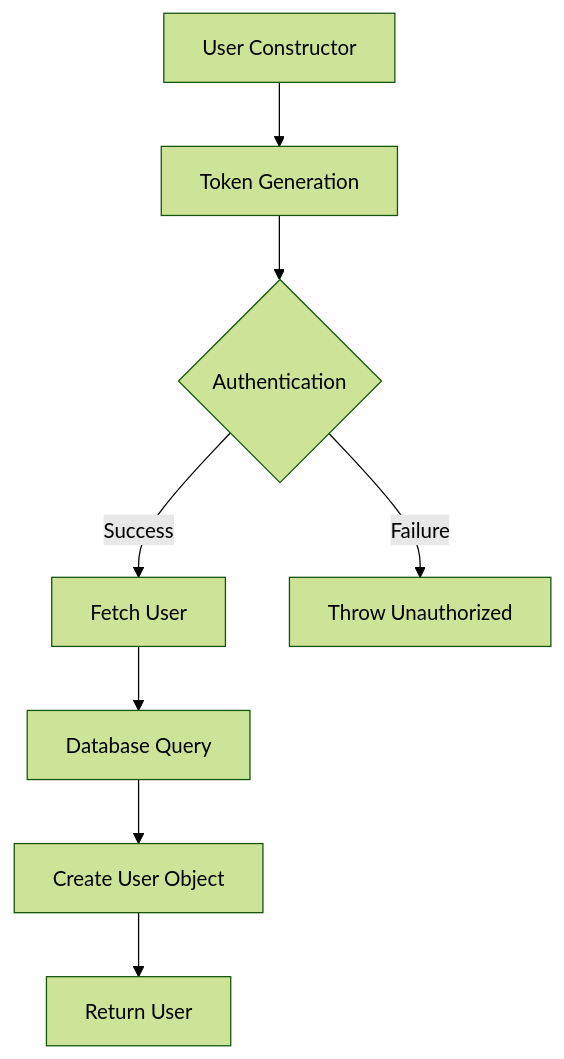
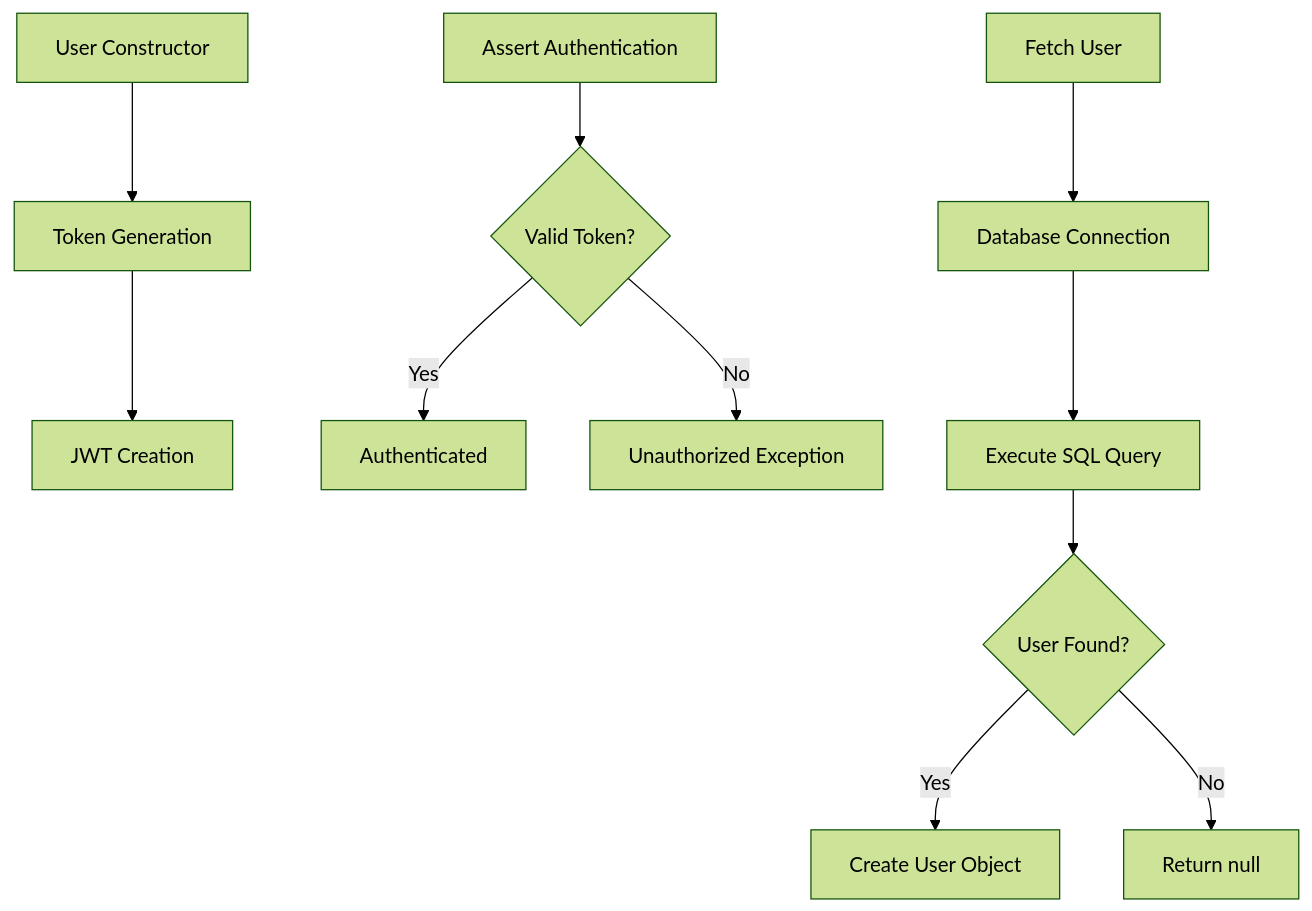
The first of 2 diagrams in wiki/src/java/com/scalesec/vulnado/User.java.md (julioarruda/vulnado), drawn with Mermaid (forest theme) before and after one commit. The commit also changed other lines of this file and 1 other file, not shown here.

````diff
--- a/wiki/src/java/com/scalesec/vulnado/User.java.md
+++ b/wiki/src/java/com/scalesec/vulnado/User.java.md
@@ -9,10 +9,13 @@
 ```mermaid
-flowchart TD
+graph TD
     A["User Constructor"] --> B["Token Generation"]
-    B --> C{"Authentication"}
-    C -->|"Success"| D["Fetch User"]
-    C -->|"Failure"| E["Throw Unauthorized"]
-    D --> F["Database Query"]
-    F --> G["Create User Object"]
-    G --> H["Return User"]
+    B --> C["JWT Creation"]
+    D["Assert Authentication"] --> E{"Valid Token?"}
+    E -->|Yes| F["Authenticated"]
+    E -->|No| G["Unauthorized Exception"]
+    H["Fetch User"] --> I["Database Connection"]
+    I --> J["Execute SQL Query"]
+    J --> K{"User Found?"}
+    K -->|Yes| L["Create User Object"]
+    K -->|No| M["Return null"]
 ```
````
